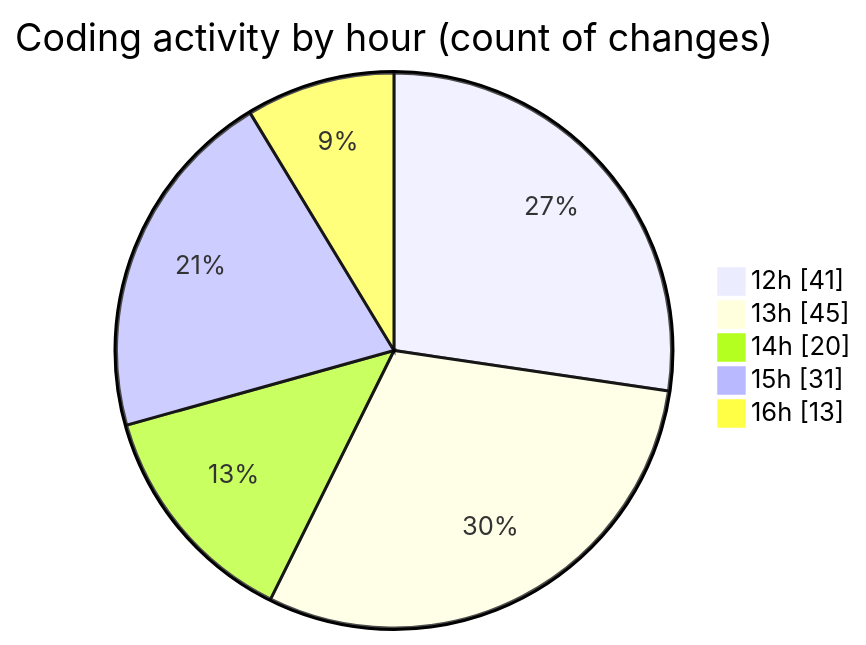
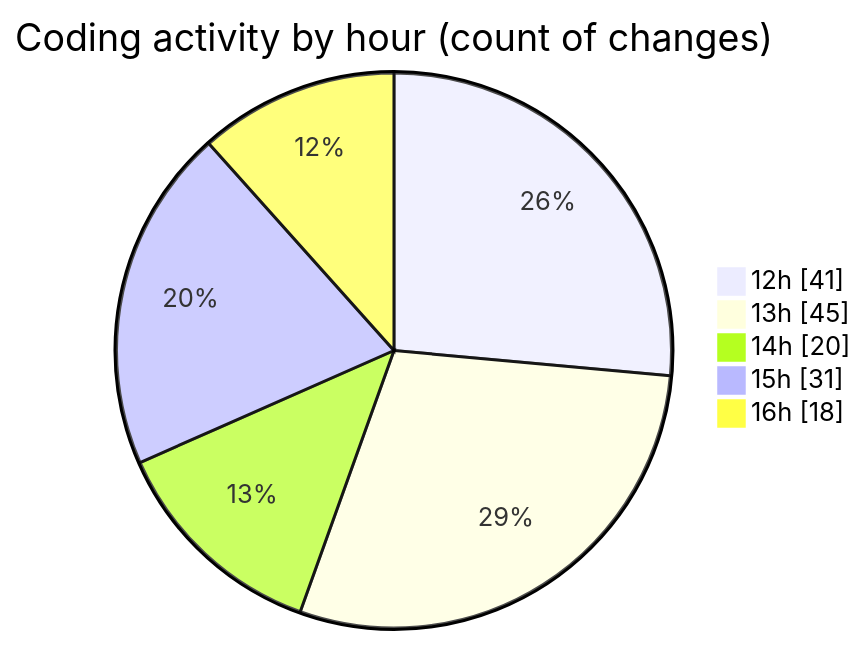
The second of 2 diagrams in 2025-12-02/cda/README.md (momahboobian/code-tracking), drawn with Mermaid before and after one commit. The commit also changed other lines of this file and 1 other file, not shown here.

````diff
--- a/2025-12-02/cda/README.md
+++ b/2025-12-02/cda/README.md
@@ -40,9 +40,9 @@
 ```mermaid
 pie showData
 title Coding activity by hour (count of changes)
 "12h" : 41
 "13h" : 45
 "14h" : 20
 "15h" : 31
-"16h" : 13
+"16h" : 18
 ```
````
